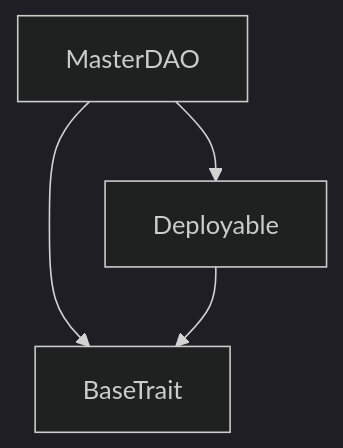
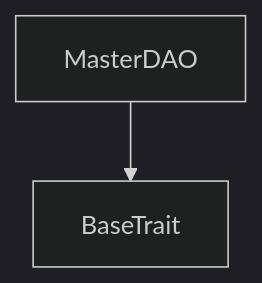
Before and after one commit to ZET2000/dao: the first of 2 diagrams in dist/tact_MasterDAO.md, drawn with Mermaid (dark theme). The commit also changed other lines of this file and 65 other files, not shown here.

````diff
--- a/dist/tact_MasterDAO.md
+++ b/dist/tact_MasterDAO.md
@@ -485,7 +489,5 @@
 ```mermaid
 graph TD
 MasterDAO
 MasterDAO --> BaseTrait
-MasterDAO --> Deployable
-Deployable --> BaseTrait
 ```
````
